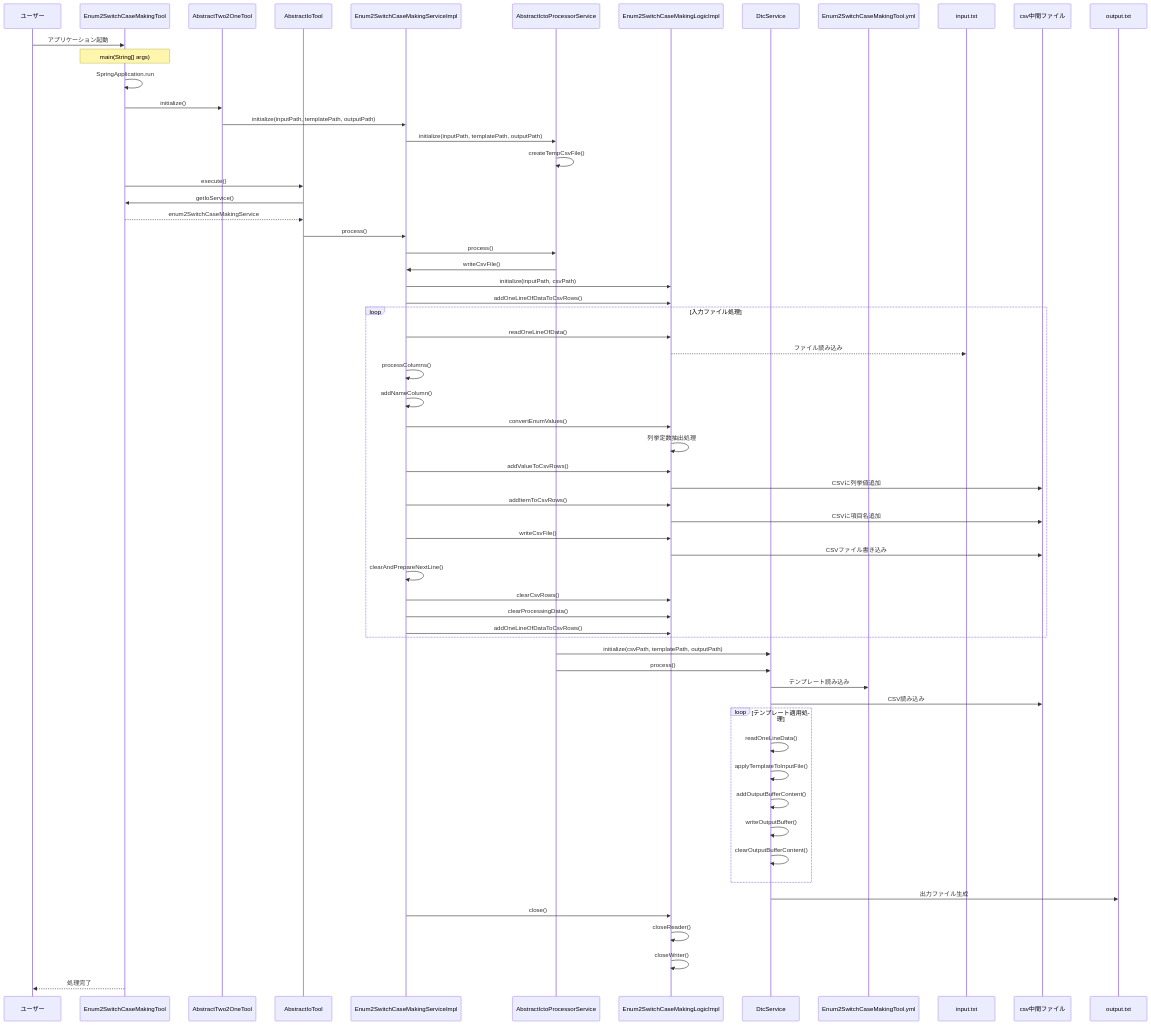
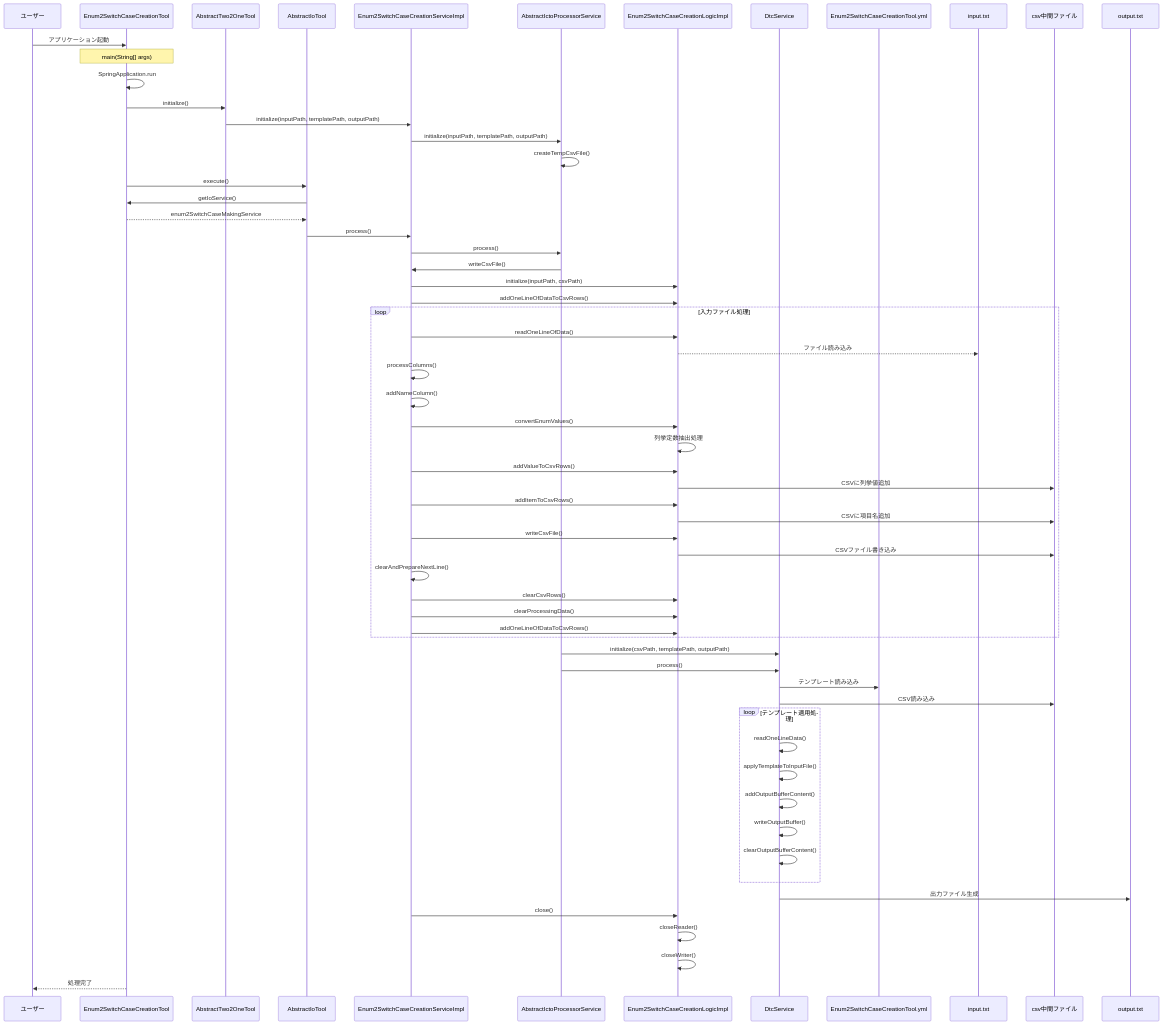
The second of 2 diagrams in doc/設計書/列挙型からcase文作成ツールの設計図.md (KenichiroArai/kmg-tool-base), drawn with Mermaid before and after one commit. The commit also changed other lines of this file and 5 other files, not shown here.

````diff
--- a/doc/設計書/列挙型からcase文作成ツールの設計図.md
+++ b/doc/設計書/列挙型からcase文作成ツールの設計図.md
@@ -145,80 +145,80 @@
 ```mermaid
 sequenceDiagram
     participant User as ユーザー
-    participant ESCT as Enum2SwitchCaseMakingTool
+    participant ESCT as Enum2SwitchCaseCreationTool
     participant AT2OT as AbstractTwo2OneTool
     participant AIT as AbstractIoTool
-    participant ESCService as Enum2SwitchCaseMakingServiceImpl
+    participant ESCService as Enum2SwitchCaseCreationServiceImpl
     participant AIPS as AbstractIctoProcessorService
-    participant ESCLogic as Enum2SwitchCaseMakingLogicImpl
+    participant ESCLogic as Enum2SwitchCaseCreationLogicImpl
     participant DtcService as DtcService
-    participant Template as Enum2SwitchCaseMakingTool.yml
+    participant Template as Enum2SwitchCaseCreationTool.yml
     participant Input as input.txt
     participant CSV as csv中間ファイル
     participant Output as output.txt
 
     User->>ESCT: アプリケーション起動
     Note over ESCT: main(String[] args)
     ESCT->>ESCT: SpringApplication.run
 
     ESCT->>AT2OT: initialize()
     AT2OT->>ESCService: initialize(inputPath, templatePath, outputPath)
     ESCService->>AIPS: initialize(inputPath, templatePath, outputPath)
     AIPS->>AIPS: createTempCsvFile()
 
     ESCT->>AIT: execute()
     AIT->>ESCT: getIoService()
     ESCT-->>AIT: enum2SwitchCaseMakingService
     AIT->>ESCService: process()
     ESCService->>AIPS: process()
     AIPS->>ESCService: writeCsvFile()
 
     ESCService->>ESCLogic: initialize(inputPath, csvPath)
     ESCService->>ESCLogic: addOneLineOfDataToCsvRows()
 
     loop 入力ファイル処理
         ESCService->>ESCLogic: readOneLineOfData()
         ESCLogic-->>Input: ファイル読み込み
 
         ESCService->>ESCService: processColumns()
 
         ESCService->>ESCService: addNameColumn()
         ESCService->>ESCLogic: convertEnumValues()
         ESCLogic->>ESCLogic: 列挙定数抽出処理
 
         ESCService->>ESCLogic: addValueToCsvRows()
         ESCLogic->>CSV: CSVに列挙値追加
 
         ESCService->>ESCLogic: addItemToCsvRows()
         ESCLogic->>CSV: CSVに項目名追加
 
         ESCService->>ESCLogic: writeCsvFile()
         ESCLogic->>CSV: CSVファイル書き込み
 
         ESCService->>ESCService: clearAndPrepareNextLine()
         ESCService->>ESCLogic: clearCsvRows()
         ESCService->>ESCLogic: clearProcessingData()
         ESCService->>ESCLogic: addOneLineOfDataToCsvRows()
     end
 
     AIPS->>DtcService: initialize(csvPath, templatePath, outputPath)
     AIPS->>DtcService: process()
     DtcService->>Template: テンプレート読み込み
     DtcService->>CSV: CSV読み込み
 
     loop テンプレート適用処理
         DtcService->>DtcService: readOneLineData()
         DtcService->>DtcService: applyTemplateToInputFile()
         DtcService->>DtcService: addOutputBufferContent()
         DtcService->>DtcService: writeOutputBuffer()
         DtcService->>DtcService: clearOutputBufferContent()
     end
 
     DtcService->>Output: 出力ファイル生成
 
     ESCService->>ESCLogic: close()
     ESCLogic->>ESCLogic: closeReader()
     ESCLogic->>ESCLogic: closeWriter()
 
     ESCT-->>User: 処理完了
 ```
````
